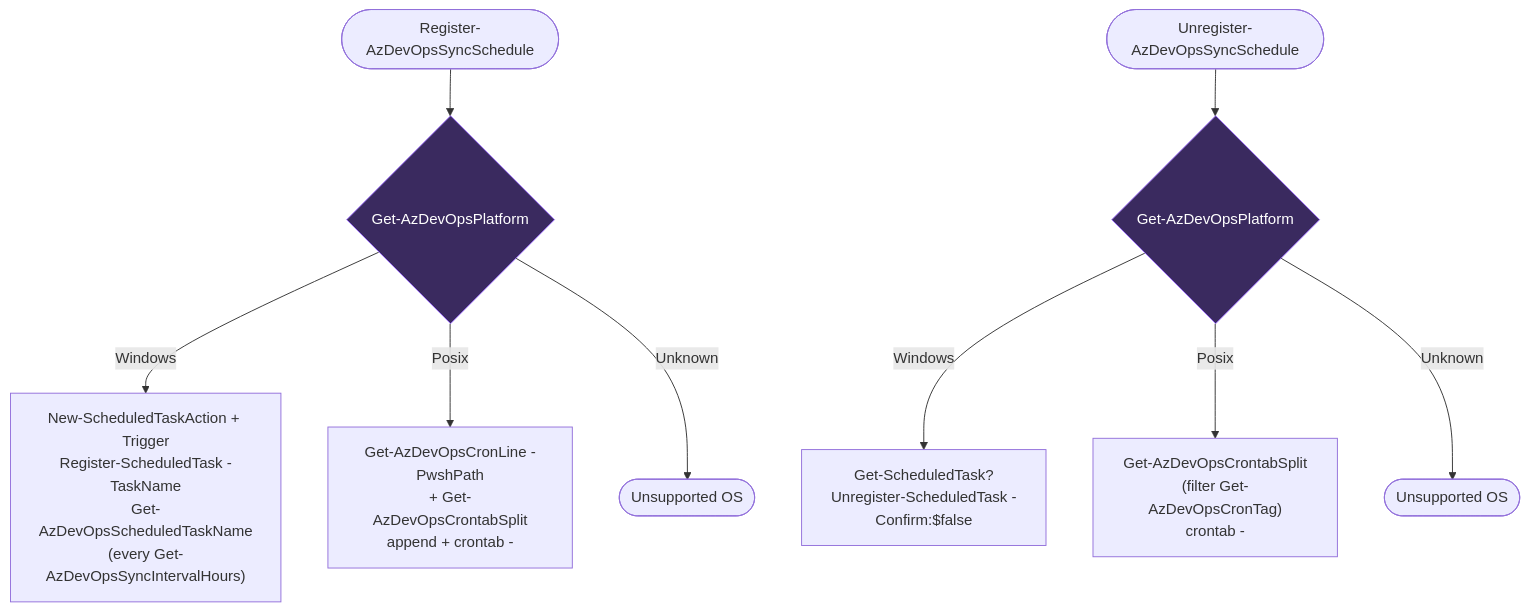
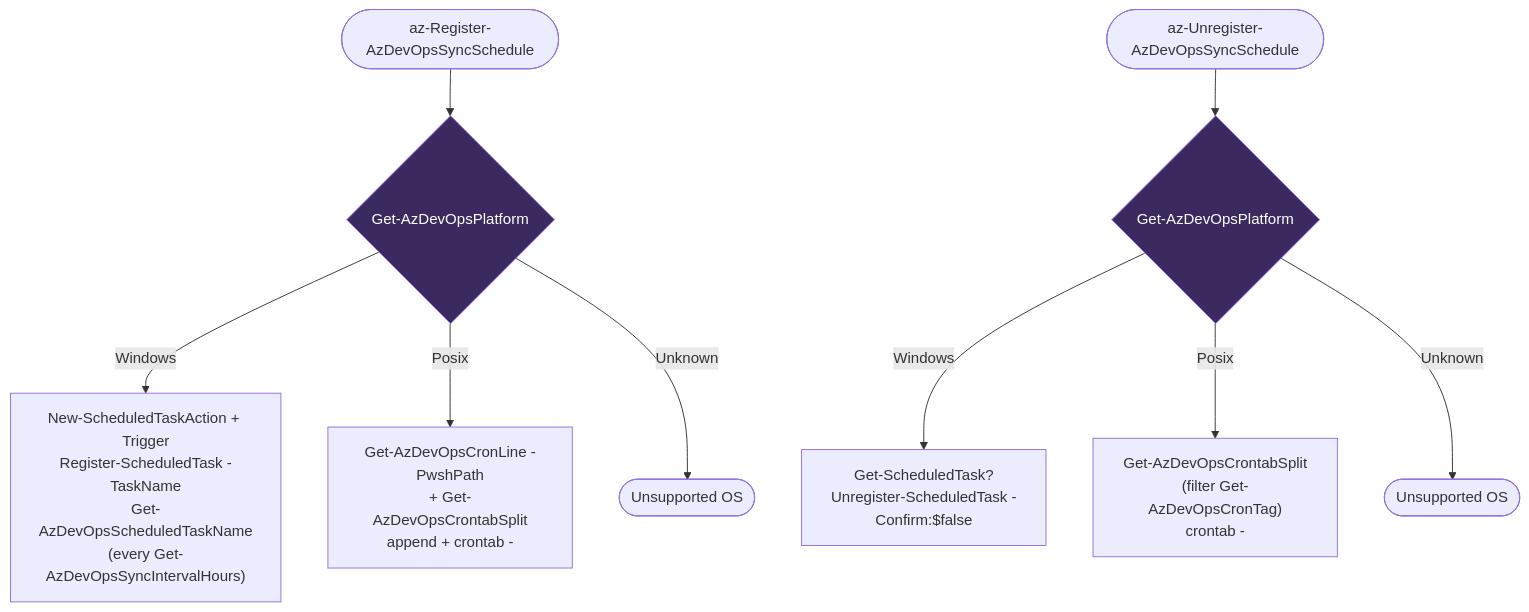
One commit to jdschleicher/bashcuts changed the ninth of 10 diagrams in docs/azure-devops-diagrams.md. Above: the diagram before and after it, drawn with Mermaid. The commit also changed other lines of this file and 1 other file, not shown here.

First line of the commit message:
docs: propagate az- prefix into wrapper-layer doc-strings + diagrams

````diff
--- a/docs/azure-devops-diagrams.md
+++ b/docs/azure-devops-diagrams.md
@@ -354,15 +354,15 @@
 ```mermaid
 flowchart TD
-    Reg([Register-AzDevOpsSyncSchedule]) --> P1{Get-AzDevOpsPlatform}
+    Reg([az-Register-AzDevOpsSyncSchedule]) --> P1{Get-AzDevOpsPlatform}
     P1 -- Windows --> WReg["New-ScheduledTaskAction + Trigger<br/>Register-ScheduledTask -TaskName<br/>Get-AzDevOpsScheduledTaskName<br/>(every Get-AzDevOpsSyncIntervalHours)"]
     P1 -- Posix --> PReg["Get-AzDevOpsCronLine -PwshPath<br/>+ Get-AzDevOpsCrontabSplit<br/>append + crontab -"]
     P1 -- Unknown --> ErrR([Unsupported OS])
 
-    Unreg([Unregister-AzDevOpsSyncSchedule]) --> P2{Get-AzDevOpsPlatform}
+    Unreg([az-Unregister-AzDevOpsSyncSchedule]) --> P2{Get-AzDevOpsPlatform}
     P2 -- Windows --> WUn["Get-ScheduledTask?<br/>Unregister-ScheduledTask -Confirm:$false"]
     P2 -- Posix --> PUn["Get-AzDevOpsCrontabSplit<br/>(filter Get-AzDevOpsCronTag)<br/>crontab -"]
     P2 -- Unknown --> ErrU([Unsupported OS])
 
     classDef shared fill:#3a2a5f,stroke:#a070ff,color:#fff
     class P1,P2 shared
 ```
````
